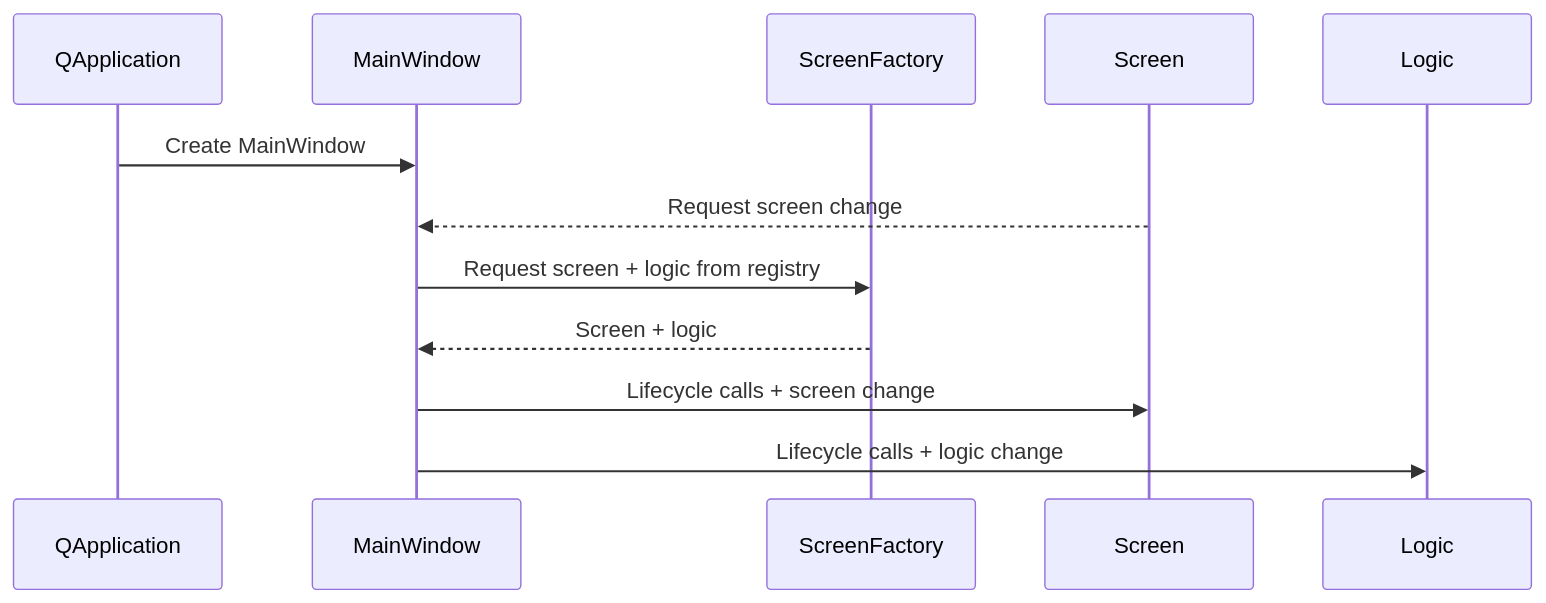
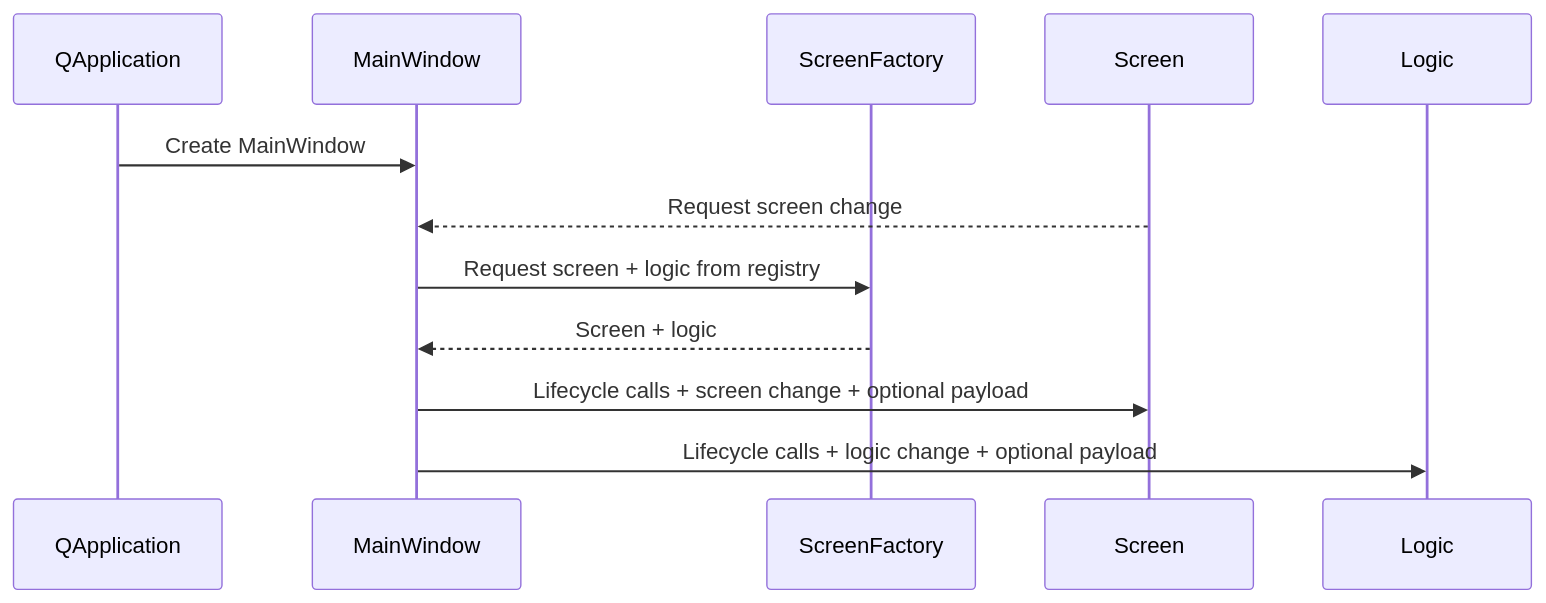
One commit to viradex/quiz-master changed the second of 3 diagrams in ARCHITECTURE.md. Above: the diagram before and after it, drawn with Mermaid. The commit also changed other lines of this file and 18 other files, not shown here.

Commit message:
Fix minor bugs and add to architecture file

````diff
--- a/ARCHITECTURE.md
+++ b/ARCHITECTURE.md
@@ -96,17 +98,17 @@
 ```mermaid
 sequenceDiagram
     participant App as QApplication
     participant Main as MainWindow
     participant Factory as ScreenFactory
     participant Screen
     participant Logic
 
     App->>Main: Create MainWindow
 
     Screen-->>Main: Request screen change
     Main->>Factory: Request screen + logic from registry
     Factory-->>Main: Screen + logic
 
-    Main->>Screen: Lifecycle calls + screen change
-    Main->>Logic: Lifecycle calls + logic change
+    Main->>Screen: Lifecycle calls + screen change + optional payload
+    Main->>Logic: Lifecycle calls + logic change + optional payload
 ```
````
